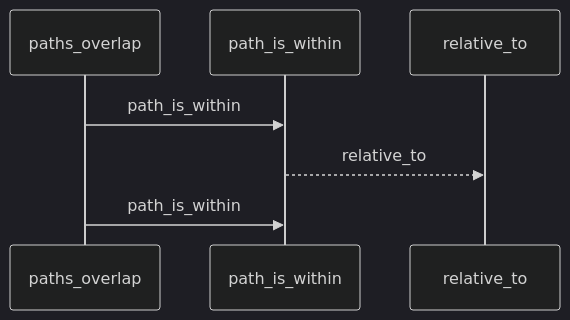
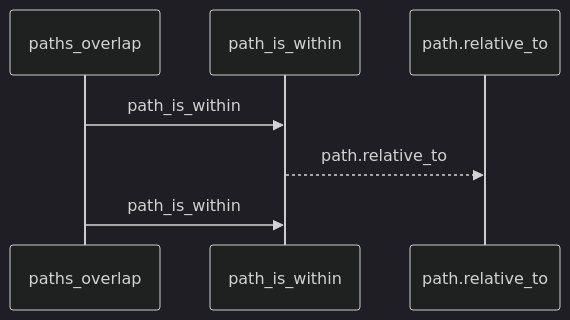
One commit to Denissvgn/python-wiki-llm changed the first of 2 diagrams in docs/llm_wiki/flows/api-paths_overlap.md. Above: the diagram before and after it, drawn with Mermaid (dark theme). The commit also changed other lines of this file and 719 other files, not shown here.

````diff
--- a/docs/llm_wiki/flows/api-paths_overlap.md
+++ b/docs/llm_wiki/flows/api-paths_overlap.md
@@ -10,9 +10,9 @@
 ```mermaid
 sequenceDiagram
     participant p0 as paths_overlap
     participant p1 as path_is_within
-    participant p2 as relative_to
+    participant p2 as path.relative_to
     p0->>p1: path_is_within
-    p1-->>p2: relative_to
+    p1-->>p2: path.relative_to
     p0->>p1: path_is_within
 ```
````
